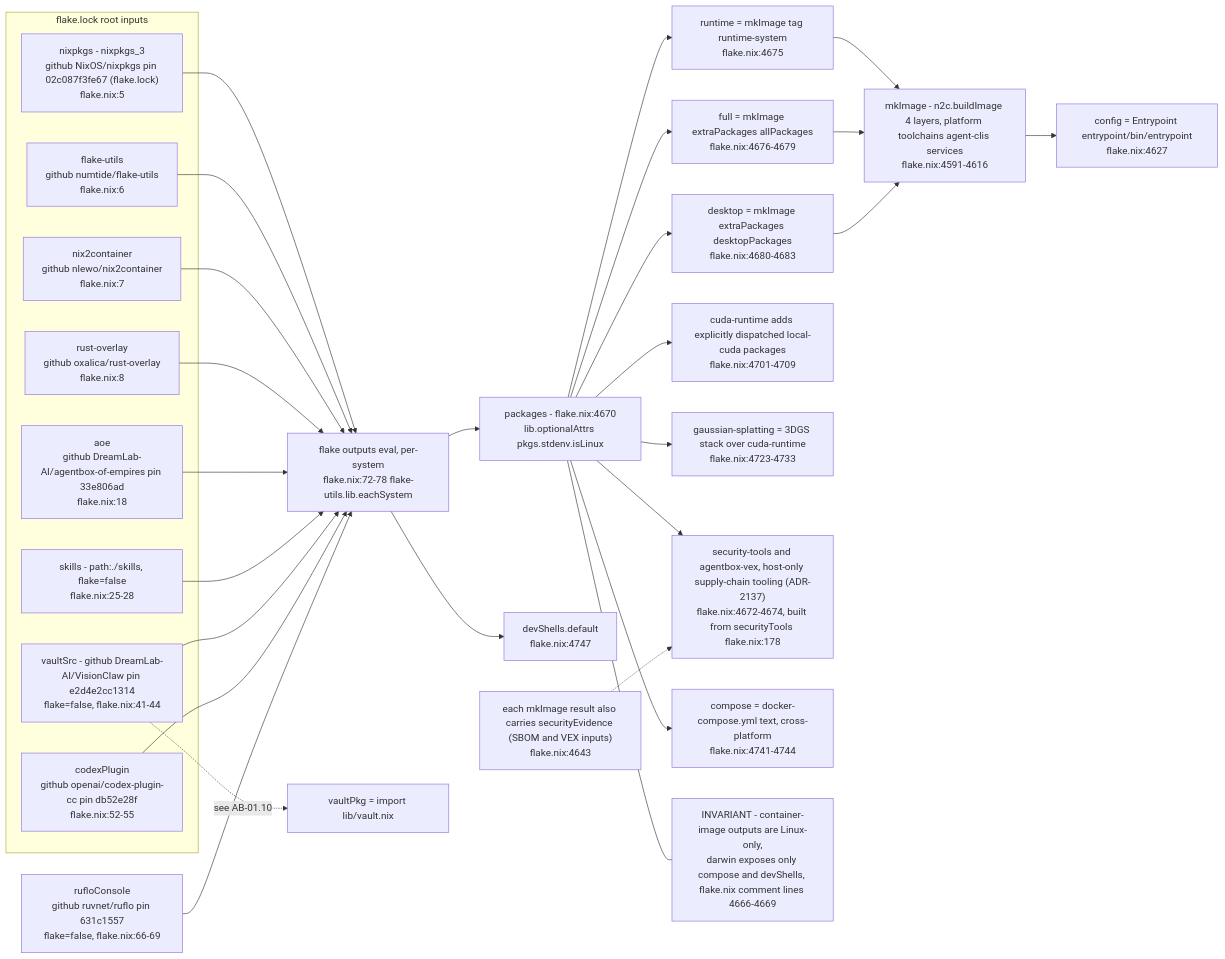
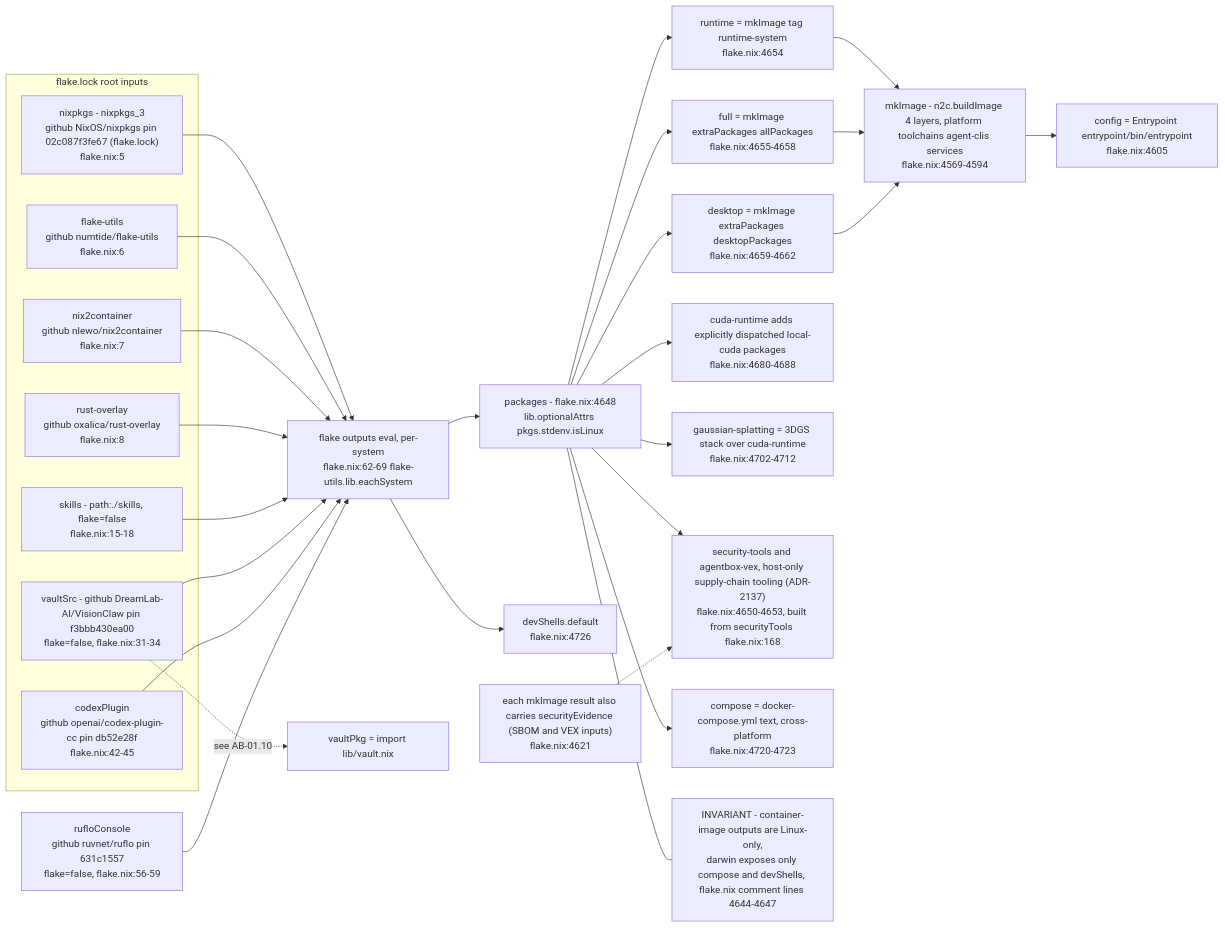
The eighth of 10 diagrams in docs/diagrams/agentbox/01-nix-flake-composition.md (DreamLab-AI/VisionFlow), drawn with Mermaid before and after one commit. The commit also changed other lines of this file and 145 other files, not shown here.

````diff
--- a/docs/diagrams/agentbox/01-nix-flake-composition.md
+++ b/docs/diagrams/agentbox/01-nix-flake-composition.md
@@ -374,46 +380,44 @@
 ```mermaid
 flowchart LR
     subgraph INPUTS["flake.lock root inputs"]
         NIXPKGS["nixpkgs - nixpkgs_3<br/>github NixOS/nixpkgs pin 02c087f3fe67 (flake.lock)<br/>flake.nix:5"]
         FU["flake-utils<br/>github numtide/flake-utils<br/>flake.nix:6"]
         N2C["nix2container<br/>github nlewo/nix2container<br/>flake.nix:7"]
         RO["rust-overlay<br/>github oxalica/rust-overlay<br/>flake.nix:8"]
-        AOE["aoe<br/>github DreamLab-AI/agentbox-of-empires pin 33e806ad<br/>flake.nix:18"]
-        SKILLS["skills - path:./skills, flake=false<br/>flake.nix:25-28"]
-        VAULTSRC["vaultSrc - github DreamLab-AI/VisionClaw pin e2d4e2cc1314<br/>flake=false, flake.nix:41-44"]
-        CODEX["codexPlugin<br/>github openai/codex-plugin-cc pin db52e28f<br/>flake.nix:52-55"]
+        SKILLS["skills - path:./skills, flake=false<br/>flake.nix:15-18"]
+        VAULTSRC["vaultSrc - github DreamLab-AI/VisionClaw pin f3bbb430ea00<br/>flake=false, flake.nix:31-34"]
+        CODEX["codexPlugin<br/>github openai/codex-plugin-cc pin db52e28f<br/>flake.nix:42-45"]
     end
 
-    NIXPKGS --> EVAL["flake outputs eval, per-system<br/>flake.nix:72-78 flake-utils.lib.eachSystem"]
+    NIXPKGS --> EVAL["flake outputs eval, per-system<br/>flake.nix:62-69 flake-utils.lib.eachSystem"]
     FU --> EVAL
     N2C --> EVAL
     RO --> EVAL
-    AOE --> EVAL
     SKILLS --> EVAL
     VAULTSRC --> EVAL
     CODEX --> EVAL
-    RUFLO["rufloConsole<br/>github ruvnet/ruflo pin 631c1557<br/>flake=false, flake.nix:66-69"]
+    RUFLO["rufloConsole<br/>github ruvnet/ruflo pin 631c1557<br/>flake=false, flake.nix:56-59"]
     RUFLO --> EVAL
 
-    EVAL --> PACKAGES["packages - flake.nix:4670<br/>lib.optionalAttrs pkgs.stdenv.isLinux"]
-    EVAL --> DEVSHELL["devShells.default<br/>flake.nix:4747"]
+    EVAL --> PACKAGES["packages - flake.nix:4648<br/>lib.optionalAttrs pkgs.stdenv.isLinux"]
+    EVAL --> DEVSHELL["devShells.default<br/>flake.nix:4726"]
 
-    PACKAGES --> RUNTIME["runtime = mkImage tag runtime-system<br/>flake.nix:4675"]
-    PACKAGES --> FULL["full = mkImage extraPackages allPackages<br/>flake.nix:4676-4679"]
-    PACKAGES --> DESKTOP["desktop = mkImage extraPackages desktopPackages<br/>flake.nix:4680-4683"]
-    PACKAGES --> CUDART["cuda-runtime adds explicitly dispatched local-cuda packages<br/>flake.nix:4701-4709"]
-    PACKAGES --> GSPLAT["gaussian-splatting = 3DGS stack over cuda-runtime<br/>flake.nix:4723-4733"]
-    PACKAGES --> SECTOOLS["security-tools and agentbox-vex, host-only supply-chain tooling (ADR-2137)<br/>flake.nix:4672-4674, built from securityTools flake.nix:178"]
-    MKIMG2["each mkImage result also carries securityEvidence (SBOM and VEX inputs)<br/>flake.nix:4643"] -.-> SECTOOLS
-    PACKAGES --> COMPOSE["compose = docker-compose.yml text, cross-platform<br/>flake.nix:4741-4744"]
+    PACKAGES --> RUNTIME["runtime = mkImage tag runtime-system<br/>flake.nix:4654"]
+    PACKAGES --> FULL["full = mkImage extraPackages allPackages<br/>flake.nix:4655-4658"]
+    PACKAGES --> DESKTOP["desktop = mkImage extraPackages desktopPackages<br/>flake.nix:4659-4662"]
+    PACKAGES --> CUDART["cuda-runtime adds explicitly dispatched local-cuda packages<br/>flake.nix:4680-4688"]
+    PACKAGES --> GSPLAT["gaussian-splatting = 3DGS stack over cuda-runtime<br/>flake.nix:4702-4712"]
+    PACKAGES --> SECTOOLS["security-tools and agentbox-vex, host-only supply-chain tooling (ADR-2137)<br/>flake.nix:4650-4653, built from securityTools flake.nix:168"]
+    MKIMG2["each mkImage result also carries securityEvidence (SBOM and VEX inputs)<br/>flake.nix:4621"] -.-> SECTOOLS
+    PACKAGES --> COMPOSE["compose = docker-compose.yml text, cross-platform<br/>flake.nix:4720-4723"]
 
-    RUNTIME --> MKIMG["mkImage - n2c.buildImage 4 layers, platform toolchains agent-clis services<br/>flake.nix:4591-4616"]
+    RUNTIME --> MKIMG["mkImage - n2c.buildImage 4 layers, platform toolchains agent-clis services<br/>flake.nix:4569-4594"]
     FULL --> MKIMG
     DESKTOP --> MKIMG
 
-    MKIMG --> ENTRYPOINT["config = Entrypoint entrypoint/bin/entrypoint<br/>flake.nix:4627"]
+    MKIMG --> ENTRYPOINT["config = Entrypoint entrypoint/bin/entrypoint<br/>flake.nix:4605"]
     VAULTSRC -.->|"see AB-01.10"| VAULTPKG["vaultPkg = import lib/vault.nix"]
 
-    NOTE1["INVARIANT - container-image outputs are Linux-only,<br/>darwin exposes only compose and devShells, flake.nix comment lines 4666-4669"]
+    NOTE1["INVARIANT - container-image outputs are Linux-only,<br/>darwin exposes only compose and devShells, flake.nix comment lines 4644-4647"]
     PACKAGES --- NOTE1
 ```
````
